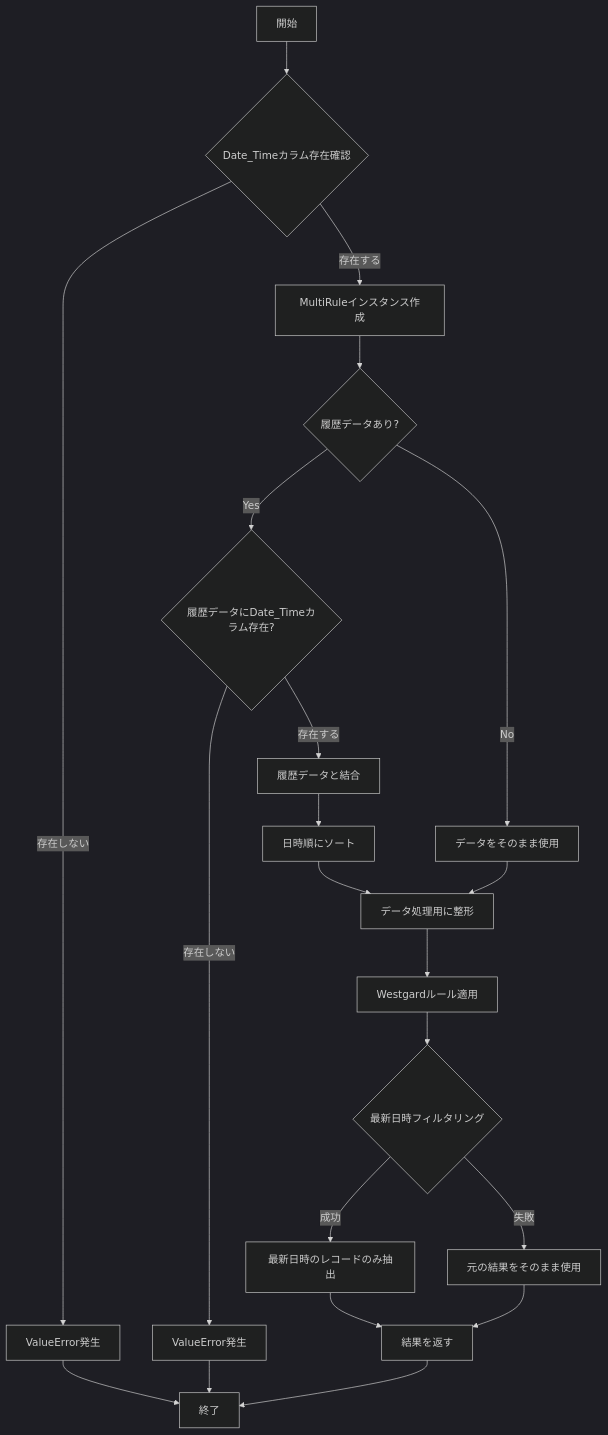
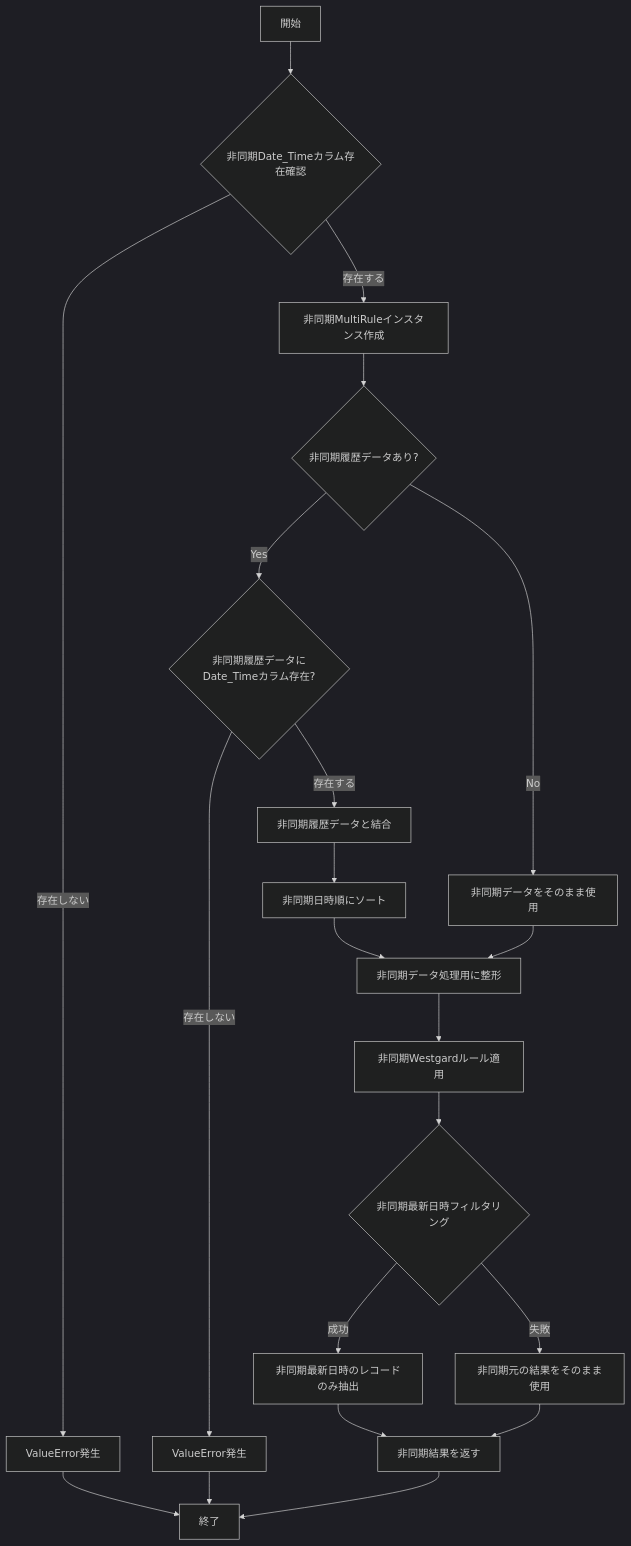
Before and after one commit to takashi-oi/qc_ariken_tpkyo: the seventh of 7 diagrams in docs/仕様書_Westgard_rule.md, drawn with Mermaid (dark theme). The commit also changed other lines of this file and 28 other files, not shown here.

````diff
--- a/docs/仕様書_Westgard_rule.md
+++ b/docs/仕様書_Westgard_rule.md
@@ -243,23 +278,23 @@
 ```mermaid
 flowchart TD
-    A[開始] --> B{Date_Timeカラム存在確認}
+    A[開始] --> B{非同期Date_Timeカラム存在確認}
     B -->|存在しない| C[ValueError発生]
-    B -->|存在する| D[MultiRuleインスタンス作成]
-    D --> E{履歴データあり?}
-    E -->|Yes| F{履歴データにDate_Timeカラム存在?}
-    E -->|No| G[データをそのまま使用]
+    B -->|存在する| D[非同期MultiRuleインスタンス作成]
+    D --> E{非同期履歴データあり?}
+    E -->|Yes| F{非同期履歴データにDate_Timeカラム存在?}
+    E -->|No| G[非同期データをそのまま使用]
     F -->|存在しない| H[ValueError発生]
-    F -->|存在する| I[履歴データと結合]
-    I --> J[日時順にソート]
-    J --> K[データ処理用に整形]
+    F -->|存在する| I[非同期履歴データと結合]
+    I --> J[非同期日時順にソート]
+    J --> K[非同期データ処理用に整形]
     G --> K
-    K --> L[Westgardルール適用]
-    L --> M{最新日時フィルタリング}
-    M -->|成功| N[最新日時のレコードのみ抽出]
-    M -->|失敗| O[元の結果をそのまま使用]
-    N --> P[結果を返す]
+    K --> L[非同期Westgardルール適用]
+    L --> M{非同期最新日時フィルタリング}
+    M -->|成功| N[非同期最新日時のレコードのみ抽出]
+    M -->|失敗| O[非同期元の結果をそのまま使用]
+    N --> P[非同期結果を返す]
     O --> P
     P --> Q[終了]
     C --> Q
     H --> Q
 ```
````
